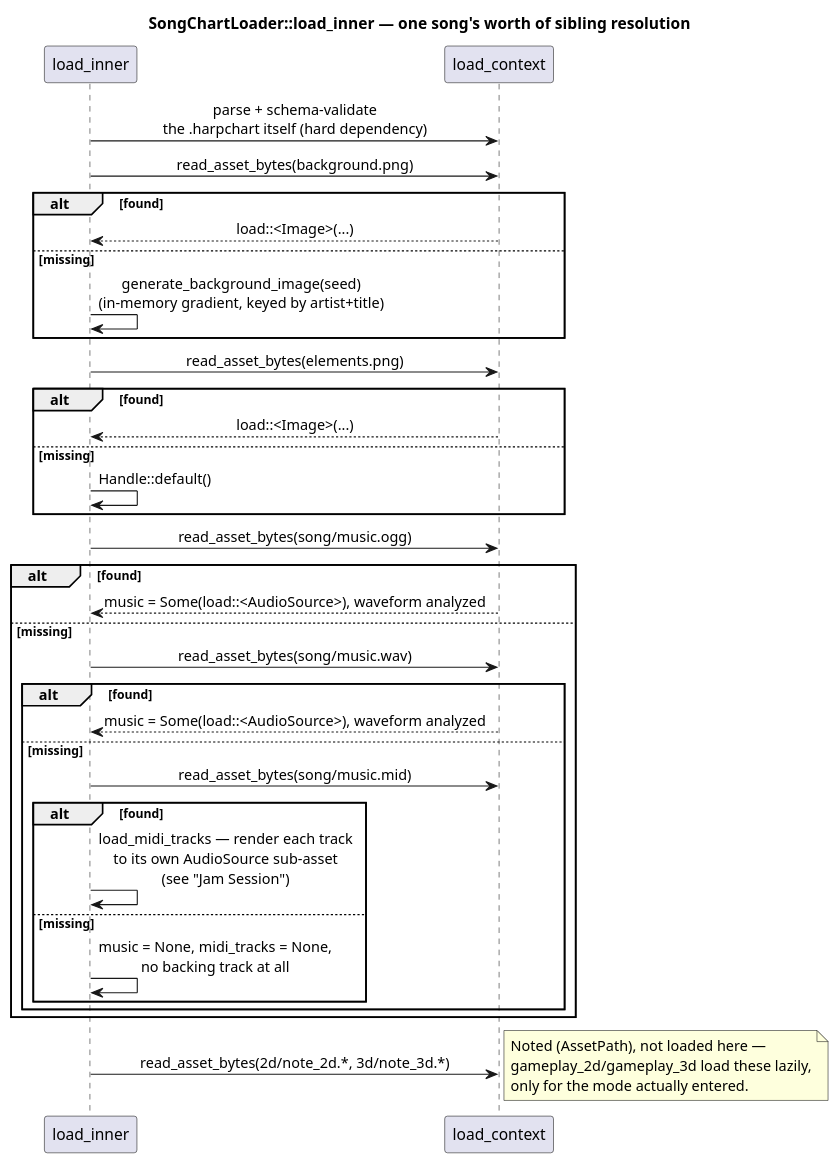
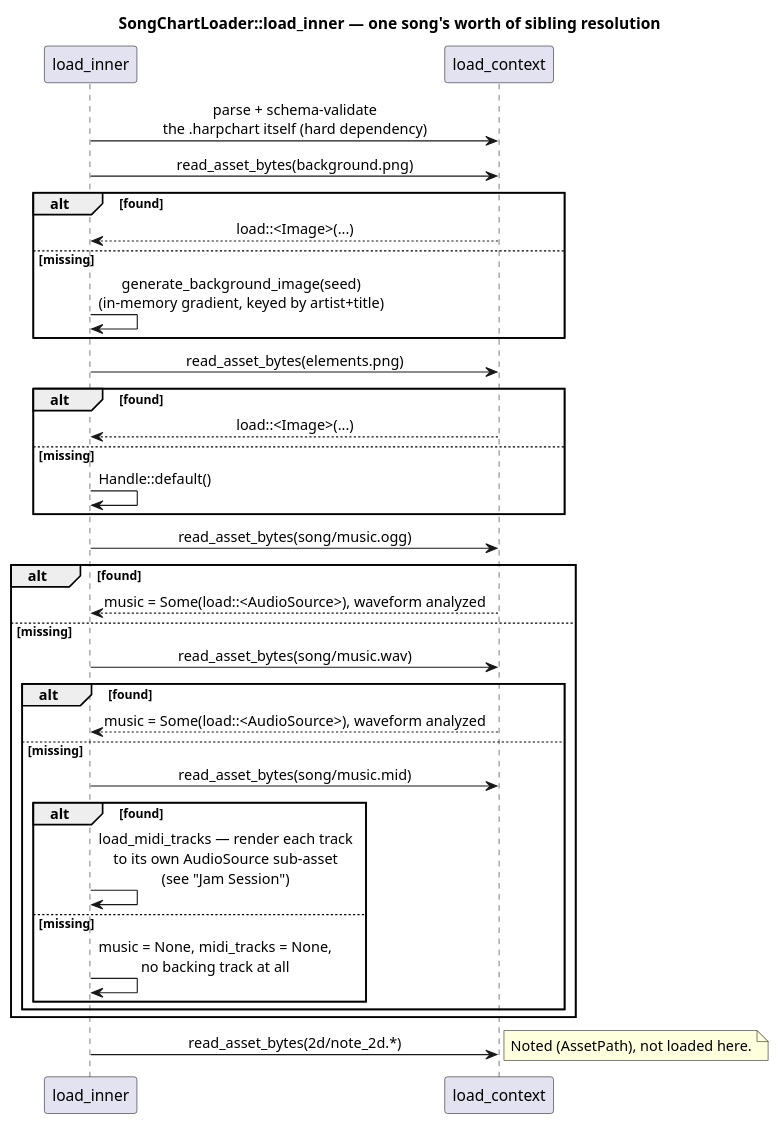
One commit to tcanabrava/harmonicon changed the second of 2 diagrams in contributing/src/chart-and-assets.md. Above: the diagram before and after it, drawn with PlantUML. The commit also changed other lines of this file and 22 other files, not shown here.

````diff
--- a/contributing/src/chart-and-assets.md
+++ b/contributing/src/chart-and-assets.md
@@ -133,44 +131,44 @@
 ```plantuml
 @startuml
 title SongChartLoader::load_inner — one song's worth of sibling resolution
 skinparam sequenceMessageAlign center
 
 participant "load_inner" as loader
 participant "load_context" as ctx
 
 loader -> ctx : parse + schema-validate\nthe .harpchart itself (hard dependency)
 loader -> ctx : read_asset_bytes(background.png)
 alt found
   ctx --> loader : load::<Image>(...)
 else missing
   loader -> loader : generate_background_image(seed)\n(in-memory gradient, keyed by artist+title)
 end
 
 loader -> ctx : read_asset_bytes(elements.png)
 alt found
   ctx --> loader : load::<Image>(...)
 else missing
   loader -> loader : Handle::default()
 end
 
 loader -> ctx : read_asset_bytes(song/music.ogg)
 alt found
   ctx --> loader : music = Some(load::<AudioSource>), waveform analyzed
 else missing
   loader -> ctx : read_asset_bytes(song/music.wav)
   alt found
     ctx --> loader : music = Some(load::<AudioSource>), waveform analyzed
   else missing
     loader -> ctx : read_asset_bytes(song/music.mid)
     alt found
       loader -> loader : load_midi_tracks — render each track\nto its own AudioSource sub-asset\n(see "Jam Session")
     else missing
       loader -> loader : music = None, midi_tracks = None,\nno backing track at all
     end
   end
 end
 
-loader -> ctx : read_asset_bytes(2d/note_2d.*, 3d/note_3d.*)
-note right: Noted (AssetPath), not loaded here —\ngameplay_2d/gameplay_3d load these lazily,\nonly for the mode actually entered.
+loader -> ctx : read_asset_bytes(2d/note_2d.*)
+note right: Noted (AssetPath), not loaded here.
 @enduml
 ```
````
